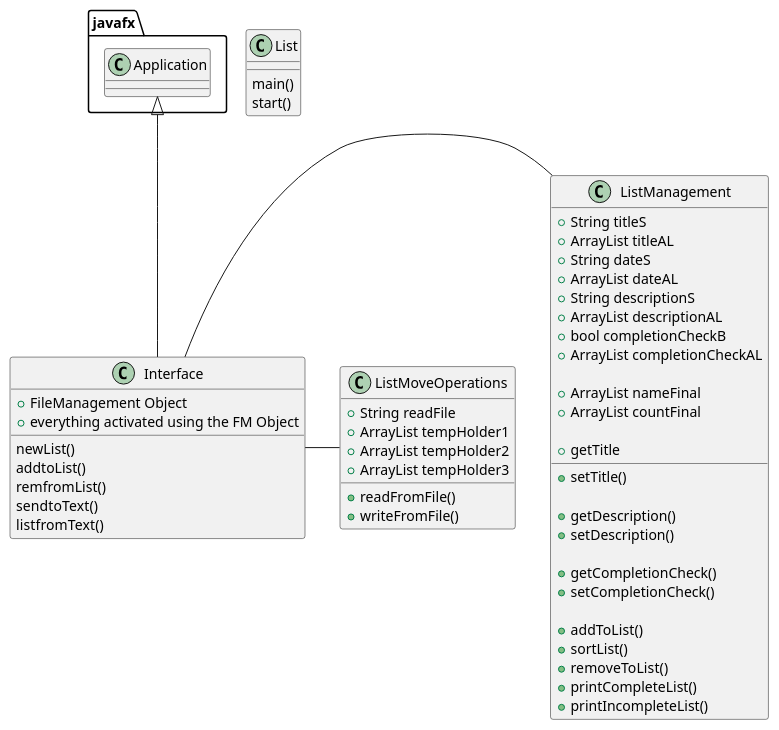
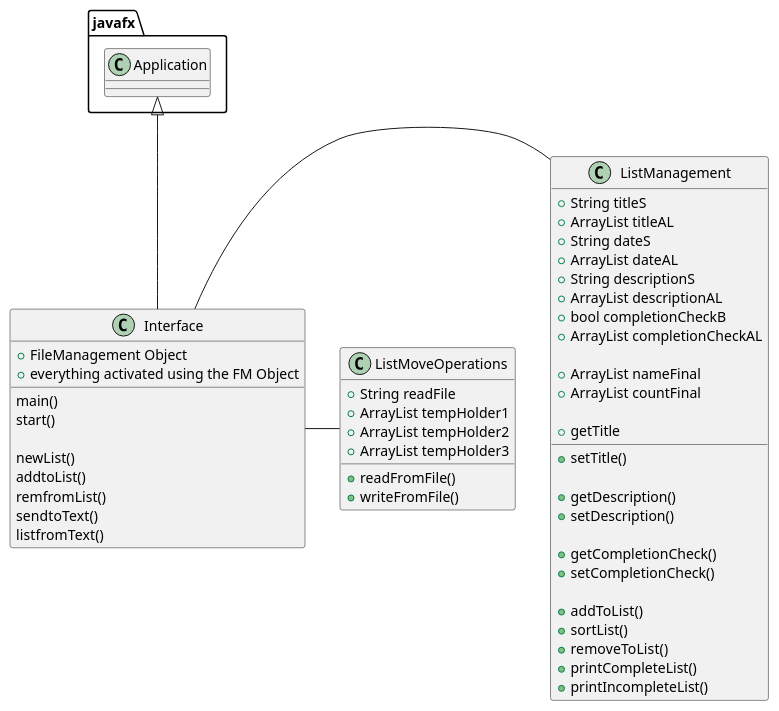
The diagram in uml/AssignmentFourDiagram.puml (agalvezv/galvez-vega-cop3330-assignment4), drawn with PlantUML before and after one commit. The commit also changed 4 other files, not shown here.

```diff
--- a/uml/AssignmentFourDiagram.puml
+++ b/uml/AssignmentFourDiagram.puml
@@ -1,65 +1,65 @@
 @startuml
 class ListManagement {
 
 
     +String titleS
     +ArrayList titleAL
     +String dateS
     +ArrayList dateAL
     +String descriptionS
     +ArrayList descriptionAL
     +bool completionCheckB
     +ArrayList completionCheckAL
 
     +ArrayList nameFinal
     +ArrayList countFinal
 
     +getTitle
     +setTitle()
 
     +getDescription()
     +setDescription()
 
     +getCompletionCheck()
     +setCompletionCheck()
 
     +addToList()
     +sortList()
     +removeToList()
     +printCompleteList()
     +printIncompleteList()
 }
 
 class ListMoveOperations {
 
 
     +String readFile
     +ArrayList tempHolder1
     +ArrayList tempHolder2
     +ArrayList tempHolder3
 
     +readFromFile()
     +writeFromFile()
 }
 
 class Interface {
 
+    main()
+    start()
+
     newList()
     addtoList()
     remfromList()
     sendtoText()
     listfromText()
 
     +FileManagement Object
   +everything activated using the FM Object
 }
 
-class List {
-    main()
-    start()
-}
+
 
 javafx.Application <|-- Interface
 Interface - ListManagement
 Interface - ListMoveOperations
 @enduml
```
